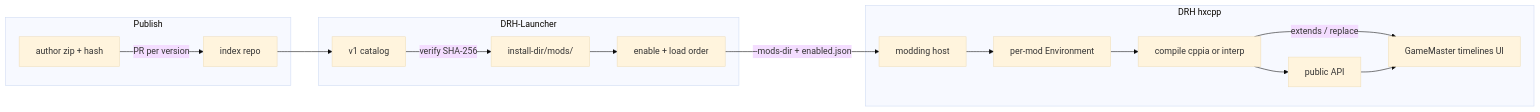
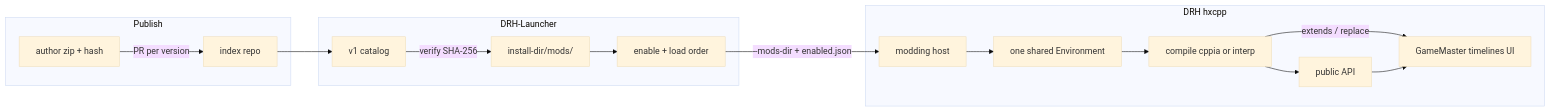
The diagram in docs/modding.md (Tutez64/Dungeon-Rampage-Haxe), drawn with Mermaid (base theme) before and after one commit. The commit also changed other lines of this file, not shown here.

First line of the commit message:
One shared Environment, package mods.<id>, snake_case ids, dependencies by id.

````diff
--- a/docs/modding.md
+++ b/docs/modding.md
@@ -55,29 +55,29 @@
 ```mermaid
 flowchart LR
   subgraph publish [Publish]
     author["author zip + hash"]
     index["index repo"]
   end
   subgraph launcher [DRH-Launcher]
     catalog["v1 catalog"]
     modsDir["install-dir/mods/"]
     enabled["enable + load order"]
   end
   subgraph game [DRH hxcpp]
     host["modding host"]
-    hxscript["per-mod Environment"]
+    hxscript["one shared Environment"]
     cppia["compile cppia or interp"]
     api["public API"]
     gameCore["GameMaster timelines UI"]
   end
   author -->|"PR per version"| index
   index --> catalog
   catalog -->|"verify SHA-256"| modsDir
   modsDir --> enabled
   enabled -->|"--mods-dir + enabled.json"| host
   host --> hxscript
   hxscript --> cppia
   cppia --> api
   cppia -->|"extends / replace"| gameCore
   api --> gameCore
 ```
````
